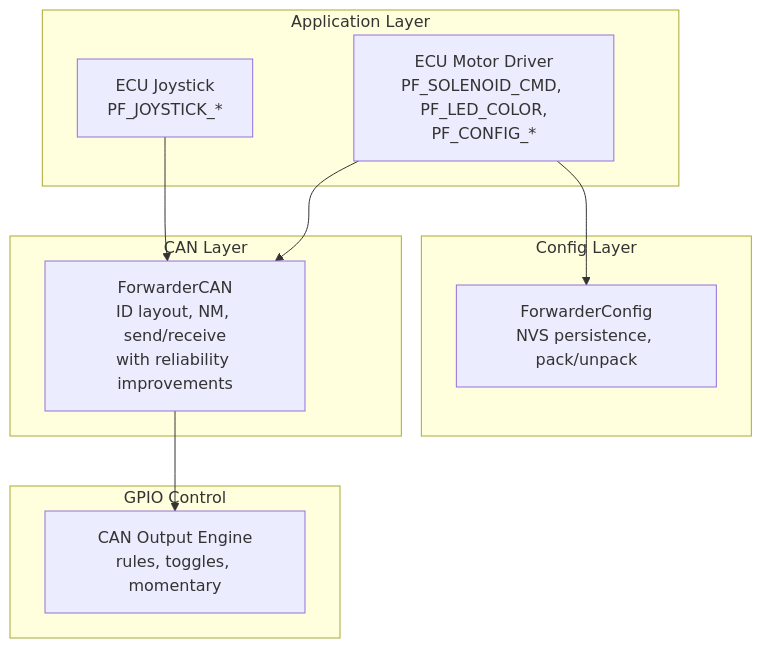
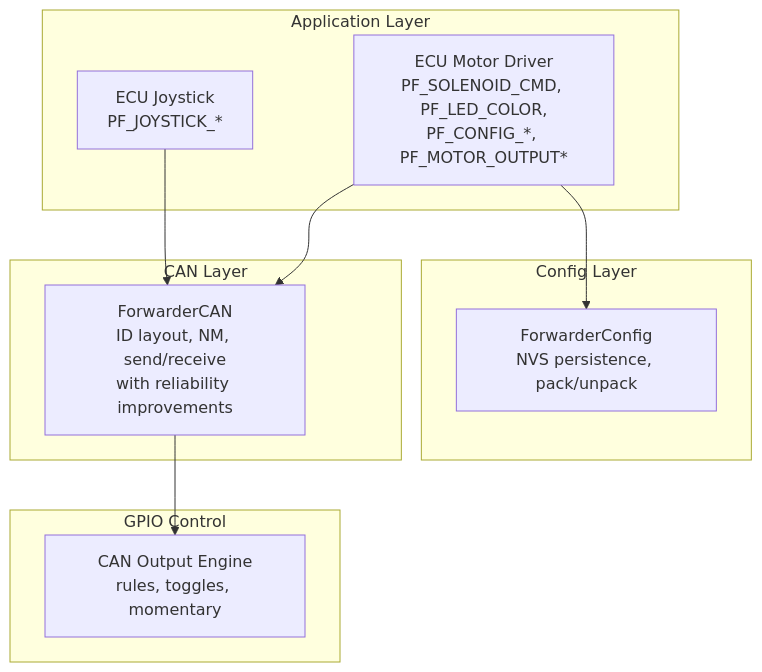
Before and after one commit to gunicsba/ESP_CAN_ECU_joystick_collection: the first of 5 diagrams in .qoder/repowiki/en/content/API Reference/CAN Message Protocol.md, drawn with Mermaid. The commit also changed other lines of this file and 13 other files, not shown here.

````diff
--- a/.qoder/repowiki/en/content/API Reference/CAN Message Protocol.md
+++ b/.qoder/repowiki/en/content/API Reference/CAN Message Protocol.md
@@ -46,20 +46,20 @@
 ```mermaid
 graph TB
 subgraph "CAN Layer"
 FCN["ForwarderCAN<br/>ID layout, NM, send/receive<br/>with reliability improvements"]
 end
 subgraph "Config Layer"
 FCFG["ForwarderConfig<br/>NVS persistence, pack/unpack"]
 end
 subgraph "Application Layer"
 ECUJ["ECU Joystick<br/>PF_JOYSTICK_*"]
-ECM["ECU Motor Driver<br/>PF_SOLENOID_CMD, PF_LED_COLOR,<br/>PF_CONFIG_*"]
+ECM["ECU Motor Driver<br/>PF_SOLENOID_CMD, PF_LED_COLOR,<br/>PF_CONFIG_*, PF_MOTOR_OUTPUT*"]
 end
 subgraph "GPIO Control"
 CO["CAN Output Engine<br/>rules, toggles, momentary"]
 end
 ECUJ --> FCN
 ECM --> FCN
 ECM --> FCFG
 FCN --> CO
 ```
````
